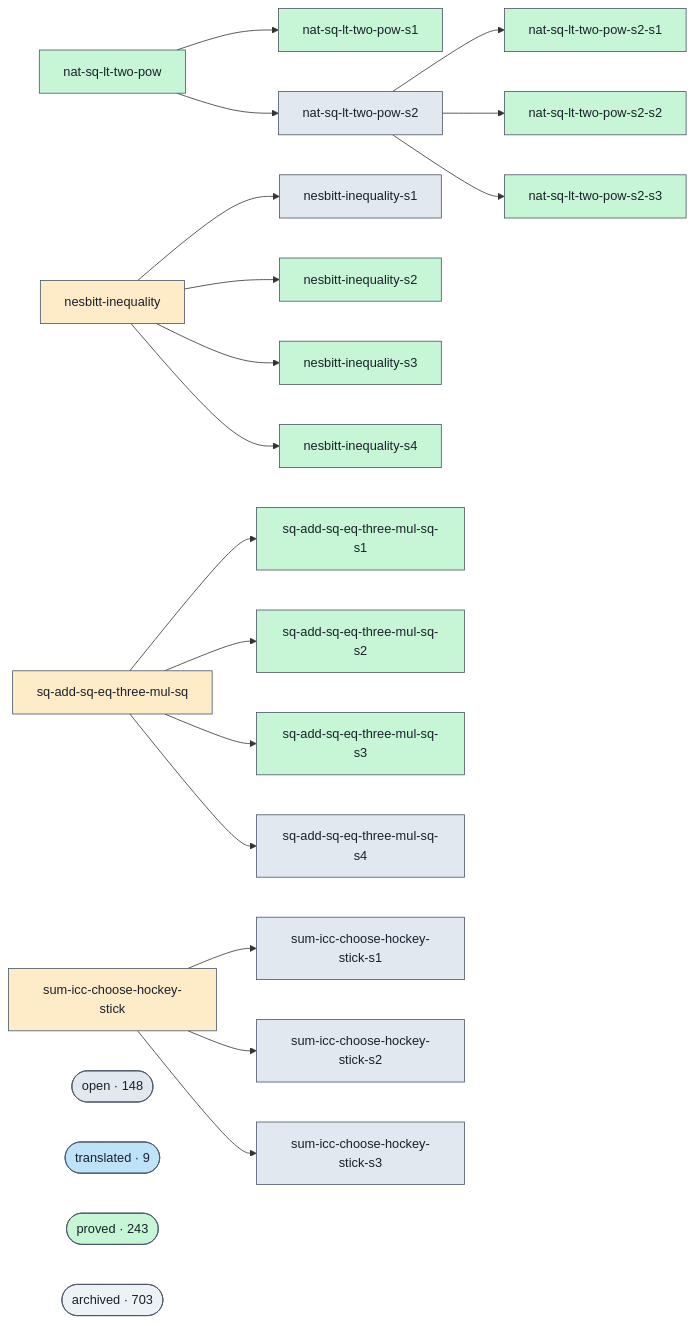
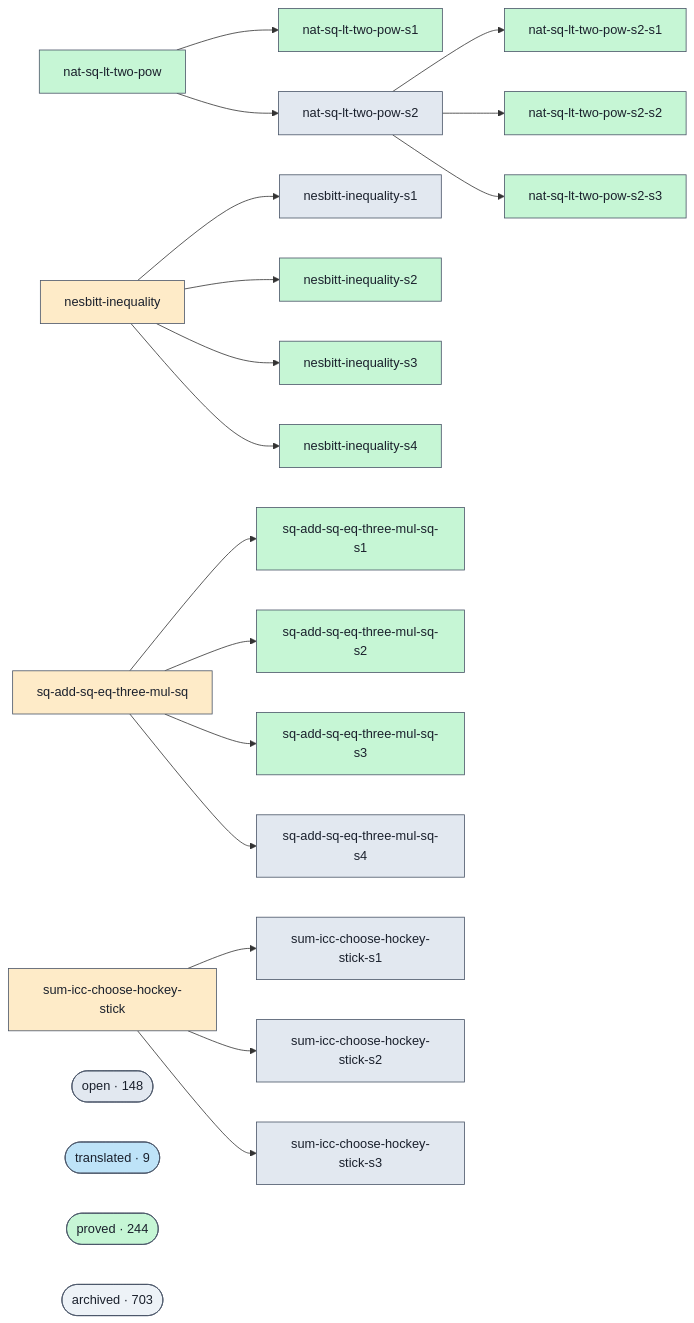
The diagram in docs/proofs-contributors-visualisation.md (Rauxon/unsorry), drawn with Mermaid before and after one commit. The commit also changed other lines of this file and 2 other files, not shown here.

```diff
--- a/docs/proofs-contributors-visualisation.md
+++ b/docs/proofs-contributors-visualisation.md
@@ -102,7 +102,7 @@
   class cluster_open open;
   cluster_translated(["translated · 9"])
   class cluster_translated translated;
-  cluster_proved(["proved · 243"])
+  cluster_proved(["proved · 244"])
   class cluster_proved proved;
   cluster_archived(["archived · 703"])
   class cluster_archived unknown;
```
